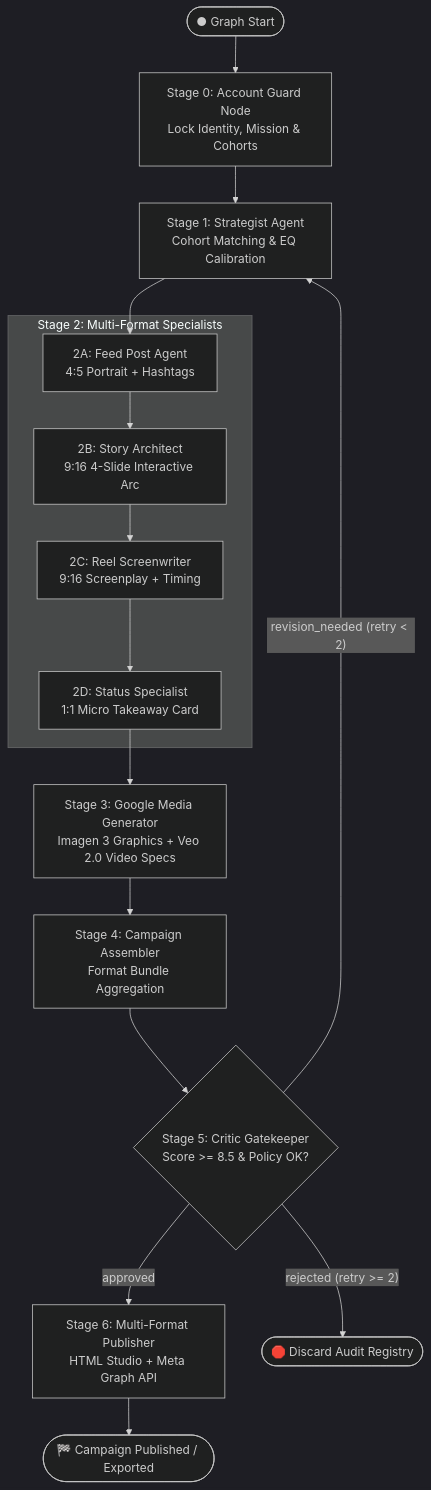
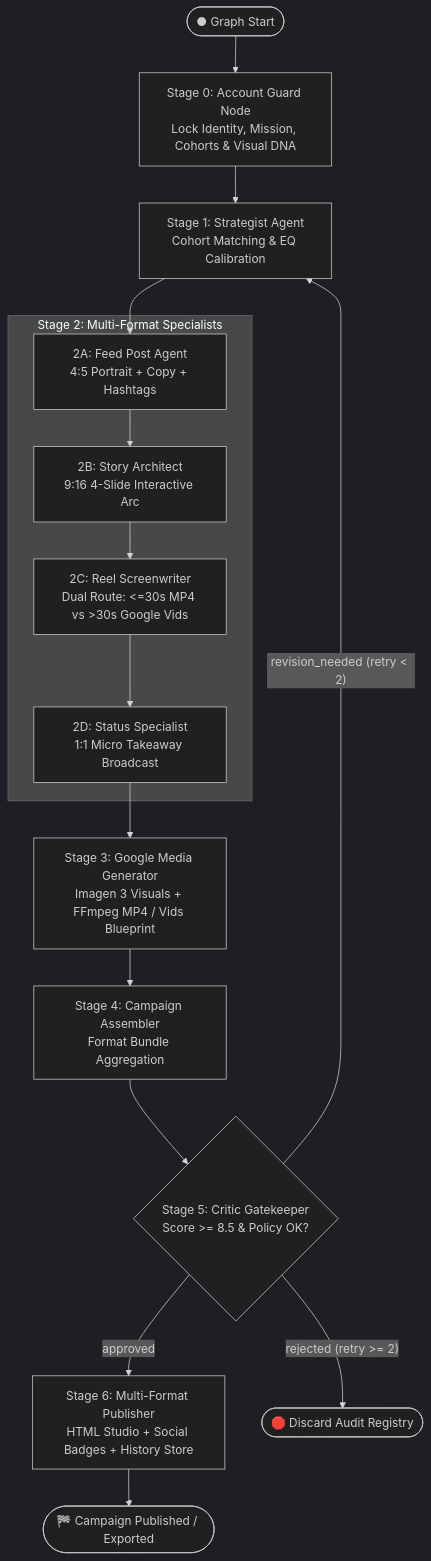
The diagram in INSTAGRAM_AGENT_SESSION_LOG.md (Maximus2301/Zentra-site), drawn with Mermaid (dark theme) before and after one commit. The commit also changed other lines of this file and 12 other files, not shown here.

````diff
--- a/INSTAGRAM_AGENT_SESSION_LOG.md
+++ b/INSTAGRAM_AGENT_SESSION_LOG.md
@@ -83,26 +135,26 @@
 ```mermaid
 flowchart TD
-    START([● Graph Start]) --> S0[Stage 0: Account Guard Node\nLock Identity, Mission & Cohorts]
+    START([● Graph Start]) --> S0[Stage 0: Account Guard Node\nLock Identity, Mission, Cohorts & Visual DNA]
     S0 --> S1[Stage 1: Strategist Agent\nCohort Matching & EQ Calibration]
     
     subgraph S2 [Stage 2: Multi-Format Specialists]
-        S2A[2A: Feed Post Agent\n4:5 Portrait + Hashtags]
+        S2A[2A: Feed Post Agent\n4:5 Portrait + Copy + Hashtags]
         S2B[2B: Story Architect\n9:16 4-Slide Interactive Arc]
-        S2C[2C: Reel Screenwriter\n9:16 Screenplay + Timing]
-        S2D[2D: Status Specialist\n1:1 Micro Takeaway Card]
+        S2C[2C: Reel Screenwriter\nDual Route: <=30s MP4 vs >30s Google Vids]
+        S2D[2D: Status Specialist\n1:1 Micro Takeaway Broadcast]
     end
     
     S1 --> S2A
     S2A --> S2B
     S2B --> S2C
     S2C --> S2D
     
-    S2D --> S3[Stage 3: Google Media Generator\nImagen 3 Graphics + Veo 2.0 Video Specs]
+    S2D --> S3[Stage 3: Google Media Generator\nImagen 3 Visuals + FFmpeg MP4 / Vids Blueprint]
     S3 --> S4[Stage 4: Campaign Assembler\nFormat Bundle Aggregation]
     S4 --> S5{Stage 5: Critic Gatekeeper\nScore >= 8.5 & Policy OK?}
     
-    S5 -- "approved" --> S6[Stage 6: Multi-Format Publisher\nHTML Studio + Meta Graph API]
+    S5 -- "approved" --> S6[Stage 6: Multi-Format Publisher\nHTML Studio + Social Badges + History Store]
     S5 -- "revision_needed (retry < 2)" --> S1
     S5 -- "rejected (retry >= 2)" --> DISCARD([🛑 Discard Audit Registry])
     S6 --> DONE([🏁 Campaign Published / Exported])
 ```
````
